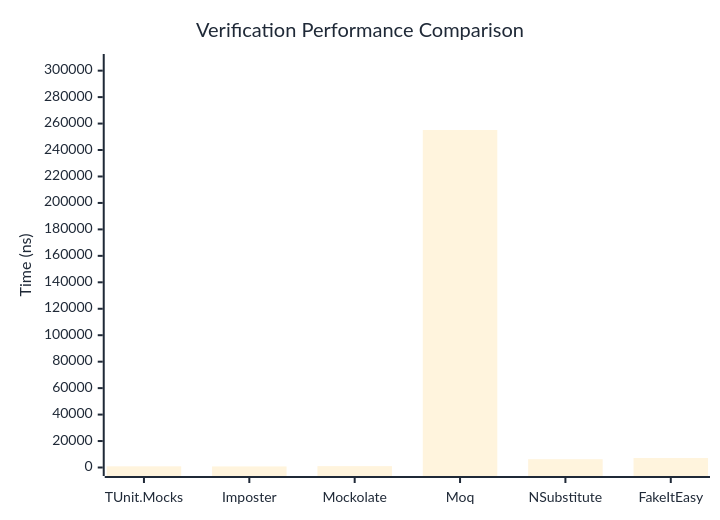
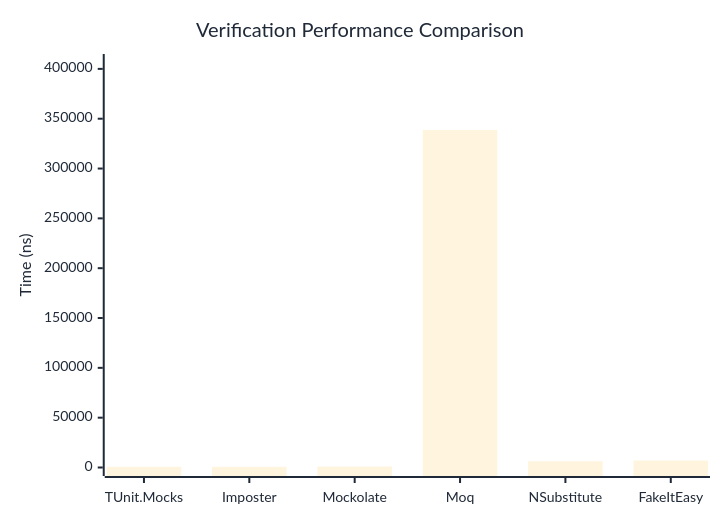
The first of 3 diagrams in docs/docs/benchmarks/mocks/Verification.md (thomhurst/TUnit), drawn with Mermaid before and after one commit. The commit also changed other lines of this file and 14 other files, not shown here.

````diff
--- a/docs/docs/benchmarks/mocks/Verification.md
+++ b/docs/docs/benchmarks/mocks/Verification.md
@@ -28,27 +28,27 @@
 ```mermaid
 %%{init: {
   'theme':'base',
   'themeVariables': {
     'primaryColor': '#2563eb',
     'primaryTextColor': '#1f2937',
     'primaryBorderColor': '#1e40af',
     'lineColor': '#6b7280',
     'secondaryColor': '#7c3aed',
     'tertiaryColor': '#dc2626',
     'background': '#ffffff',
     'pie1': '#2563eb',
     'pie2': '#7c3aed',
     'pie3': '#dc2626',
     'pie4': '#f59e0b',
     'pie5': '#10b981',
     'pie6': '#06b6d4',
     'pie7': '#ec4899',
     'pie8': '#6366f1'
   }
 }}%%
 xychart-beta
   title "Verification Performance Comparison"
   x-axis ["TUnit.Mocks", "Imposter", "Mockolate", "Moq", "NSubstitute", "FakeItEasy"]
-  y-axis "Time (ns)" 0 --> 306167
-  bar [881.31, 812.3, 1030.82, 255139.15, 6291.22, 7176.87]
+  y-axis "Time (ns)" 0 --> 406402
+  bar [707.45, 675.42, 915.68, 338668.16, 6278.37, 7017.05]
 ```
````
